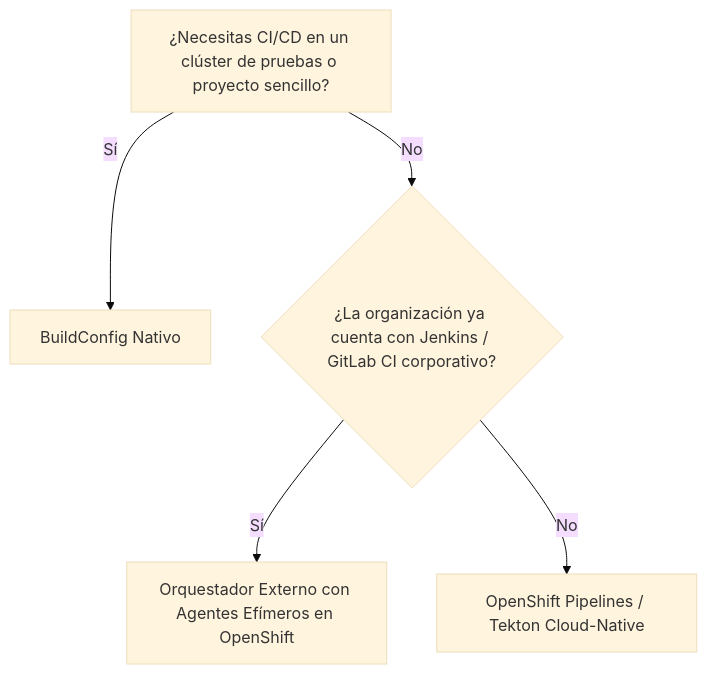
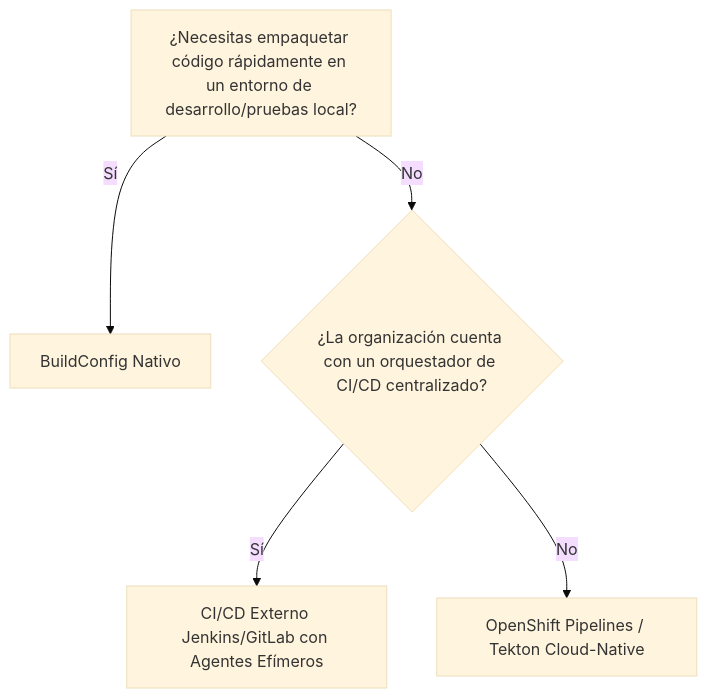
The seventh of 7 diagrams in docs/sesion4/4.7 Opciones de automatizacion.md (ieftraining/curso-openshift), drawn with Mermaid (base theme) before and after one commit. The commit also changed other lines of this file, not shown here.

````diff
--- a/docs/sesion4/4.7 Opciones de automatizacion.md
+++ b/docs/sesion4/4.7 Opciones de automatizacion.md
@@ -193,7 +201,7 @@
 ```mermaid
 flowchart TD
-    A[¿Necesitas CI/CD en un clúster de pruebas o proyecto sencillo?] -->|Sí| B[BuildConfig Nativo]
-    A -->|No| C{¿La organización ya cuenta con Jenkins / GitLab CI corporativo?}
-    C -->|Sí| D[Orquestador Externo con Agentes Efímeros en OpenShift]
+    A[¿Necesitas empaquetar código rápidamente en un entorno de desarrollo/pruebas local?] -->|Sí| B[BuildConfig Nativo]
+    A -->|No| C{¿La organización cuenta con un orquestador de CI/CD centralizado?}
+    C -->|Sí| D[CI/CD Externo Jenkins/GitLab con Agentes Efímeros]
     C -->|No| E[OpenShift Pipelines / Tekton Cloud-Native]
 ```
````
